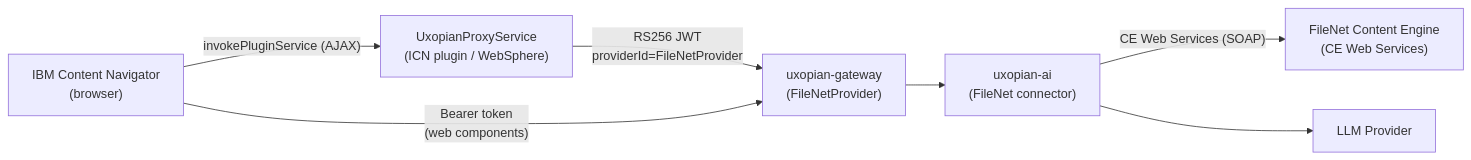
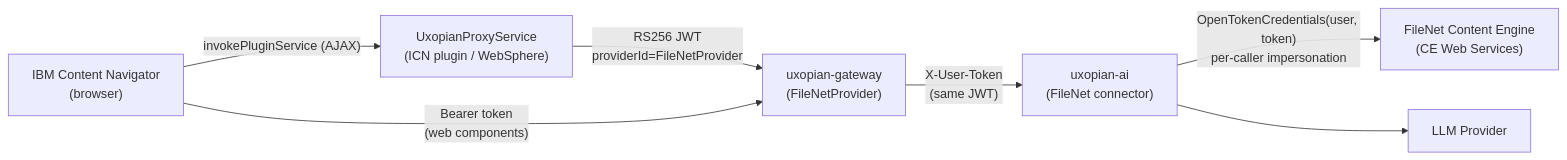
One commit to Uxopian/uxodocs changed the diagram in docs/uxopian-ai/how_to/integrate_with_filenet.mdx. Above: the diagram before and after it, drawn with Mermaid. The commit also changed other lines of this file and 1 other file, not shown here.

First line of the commit message:
docs(uxopian-ai): document per-caller FileNet impersonation via OIDC

````diff
--- a/docs/uxopian-ai/how_to/integrate_with_filenet.mdx
+++ b/docs/uxopian-ai/how_to/integrate_with_filenet.mdx
@@ -15,16 +15,16 @@
 ```mermaid
 flowchart LR
     ICN["IBM Content Navigator<br/>(browser)"]
     PLUGIN["UxopianProxyService<br/>(ICN plugin / WebSphere)"]
     GW["uxopian-gateway<br/>(FileNetProvider)"]
     AI["uxopian-ai<br/>(FileNet connector)"]
     CE["FileNet Content Engine<br/>(CE Web Services)"]
     LLM["LLM Provider"]
 
     ICN -->|"invokePluginService (AJAX)"| PLUGIN
     PLUGIN -->|"RS256 JWT<br/>providerId=FileNetProvider"| GW
-    GW --> AI
-    AI -->|"CE Web Services (SOAP)"| CE
+    GW -->|"X-User-Token<br/>(same JWT)"| AI
+    AI -->|"OpenTokenCredentials(user, token)<br/>per-caller impersonation"| CE
     AI --> LLM
     ICN -->|"Bearer token<br/>(web components)"| GW
 ```
````
